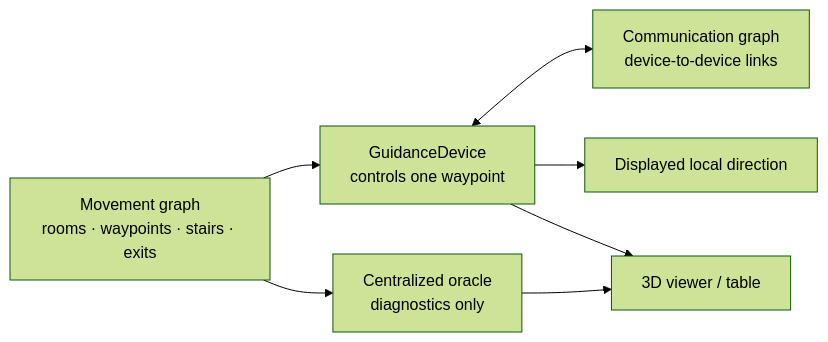
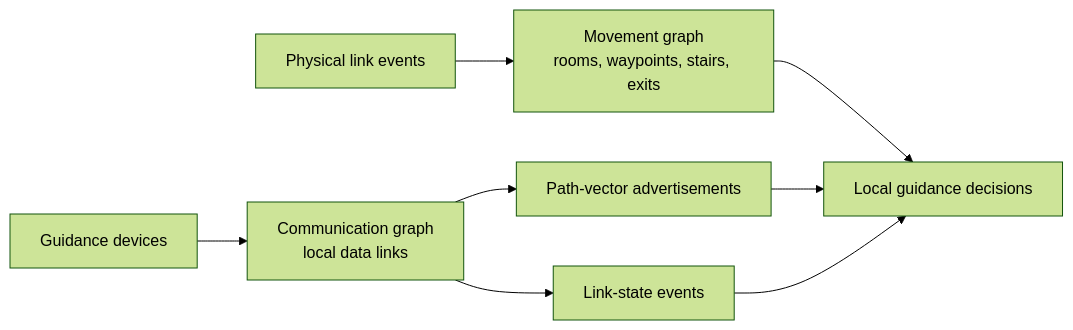
The first of 2 diagrams in README.md (JustFanta01/navilight), drawn with Mermaid (forest theme) before and after one commit. The commit also changed other lines of this file, not shown here.

````diff
--- a/README.md
+++ b/README.md
@@ -32,9 +36,11 @@
 ```mermaid
 flowchart LR
-    World["Movement graph<br/>rooms · waypoints · stairs · exits"] --> Device["GuidanceDevice<br/>controls one waypoint"]
-    Device <--> Radio["Communication graph<br/>device-to-device links"]
-    Device --> Arrow["Displayed local direction"]
-    World --> Oracle["Centralized oracle<br/>diagnostics only"]
-    Device --> Viewer["3D viewer / table"]
-    Oracle --> Viewer
+    Events["Physical link events"] --> Movement["Movement graph<br/>rooms, waypoints, stairs, exits"]
+    Movement --> Decisions["Local guidance decisions"]
+
+    Devices["Guidance devices"] --> Communication["Communication graph<br/>local data links"]
+    Communication --> PathVector["Path-vector advertisements"]
+    Communication --> LinkState["Link-state events"]
+    PathVector --> Decisions
+    LinkState --> Decisions
 ```
````
